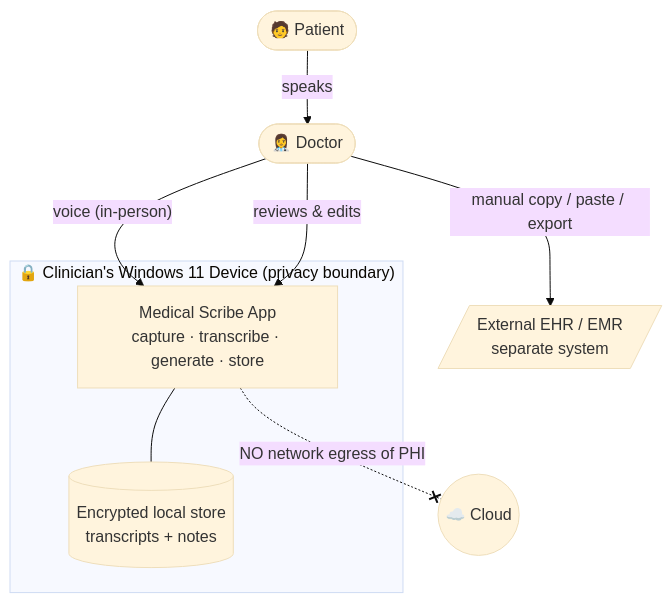
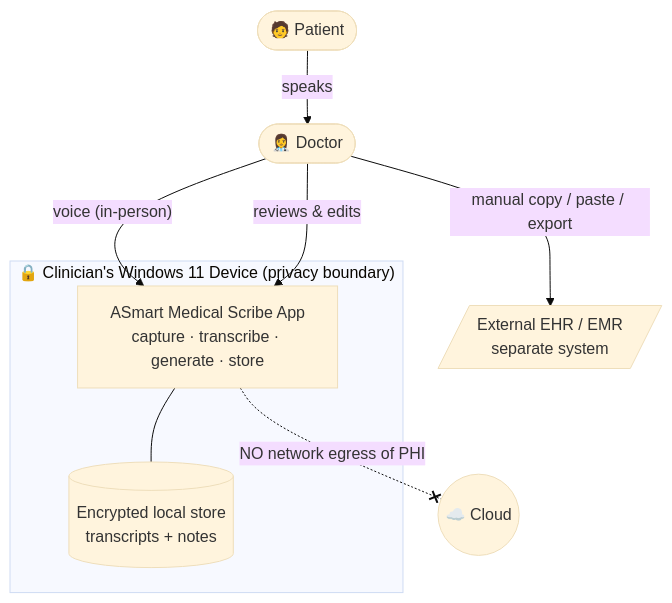
One commit to Vishnu373/asmart-medical-scribe changed the first of 4 diagrams in design.md. Above: the diagram before and after it, drawn with Mermaid (base theme). The commit also changed other lines of this file and 34 other files, not shown here.

````diff
--- a/design.md
+++ b/design.md
@@ -138,20 +138,20 @@
 ```mermaid
 flowchart TB
     Doctor([👩‍⚕️ Doctor])
     Patient([🧑 Patient])
 
     subgraph Device["🔒 Clinician's Windows 11 Device (privacy boundary)"]
-        App[Medical Scribe App<br/>capture · transcribe · generate · store]
+        App[ASmart Medical Scribe App<br/>capture · transcribe · generate · store]
         Store[(Encrypted local store<br/>transcripts + notes)]
         App --- Store
     end
 
     EHR[/External EHR / EMR<br/>separate system/]
 
     Patient -- speaks --> Doctor
     Doctor -- "voice (in-person)" --> App
     Doctor -- "reviews & edits" --> App
     Doctor -- "manual copy / paste / export" --> EHR
 
     App -. "NO network egress of PHI" .-x Cloud((☁️ Cloud))
 ```
````
